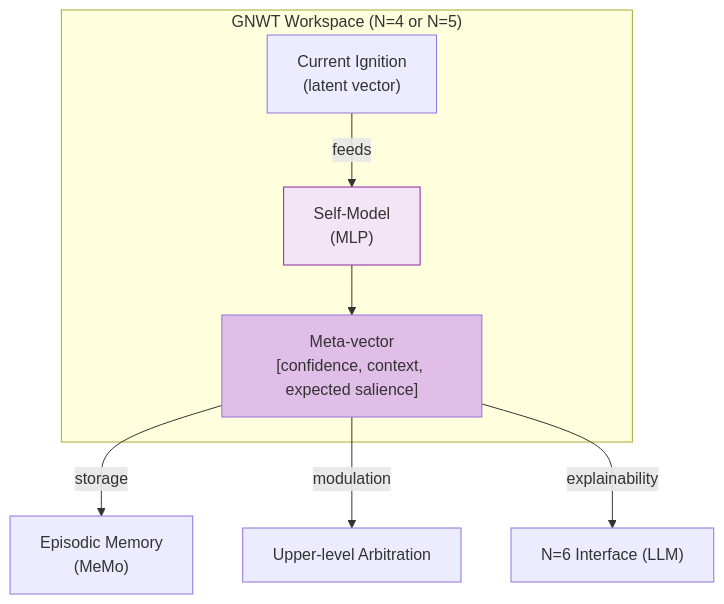
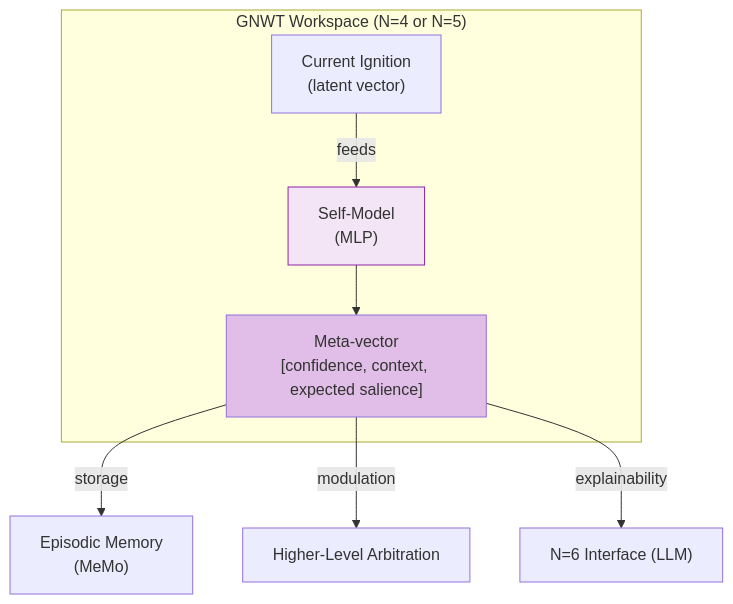
One commit to AlainCo/GNWT-Garrigue-X-en changed the fourth of 6 diagrams in concepts/concepts.md. Above: the diagram before and after it, drawn with Mermaid. The commit also changed other lines of this file and 21 other files, not shown here.

````diff
--- a/concepts/concepts.md
+++ b/concepts/concepts.md
@@ -473,18 +451,18 @@
 ```mermaid
 flowchart TD
     subgraph Workspace ["GNWT Workspace (N=4 or N=5)"]
         I["Current Ignition\n(latent vector)"]
         SM["Self-Model\n(MLP)"]
         M["Meta-vector\n[confidence, context, expected salience]"]
     end
 
     I -->|"feeds"| SM
     SM --> M
 
     M -->|"storage"| MeMo["Episodic Memory\n(MeMo)"]
-    M -->|"modulation"| Decision["Upper-level Arbitration"]
+    M -->|"modulation"| Decision["Higher-Level Arbitration"]
     M -->|"explainability"| LLM["N=6 Interface (LLM)"]
 
     style SM fill:#f3e5f5,stroke:#8e24aa
     style M fill:#e1bee7
 ```
````
